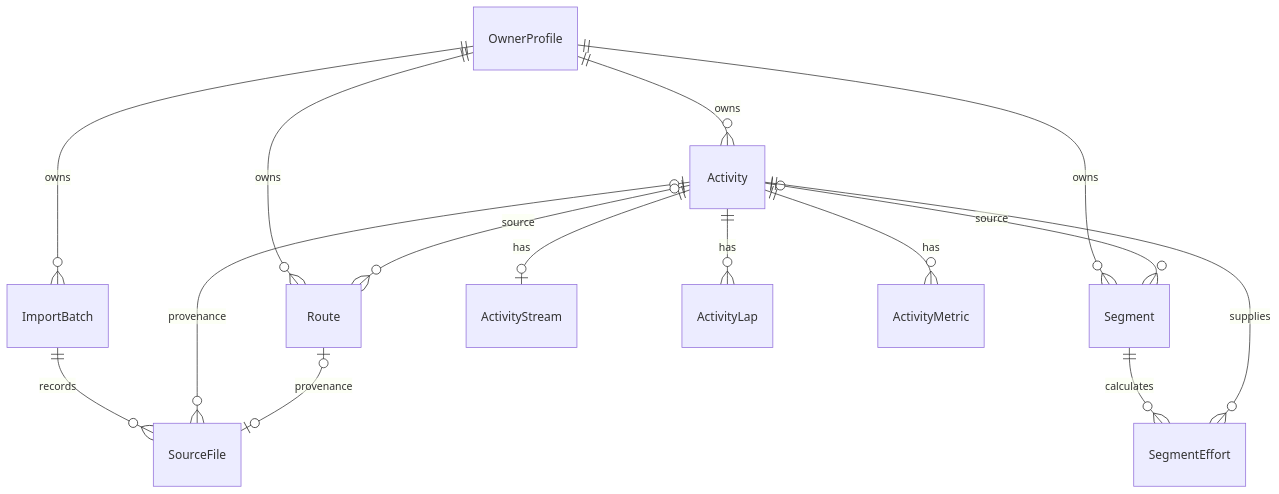
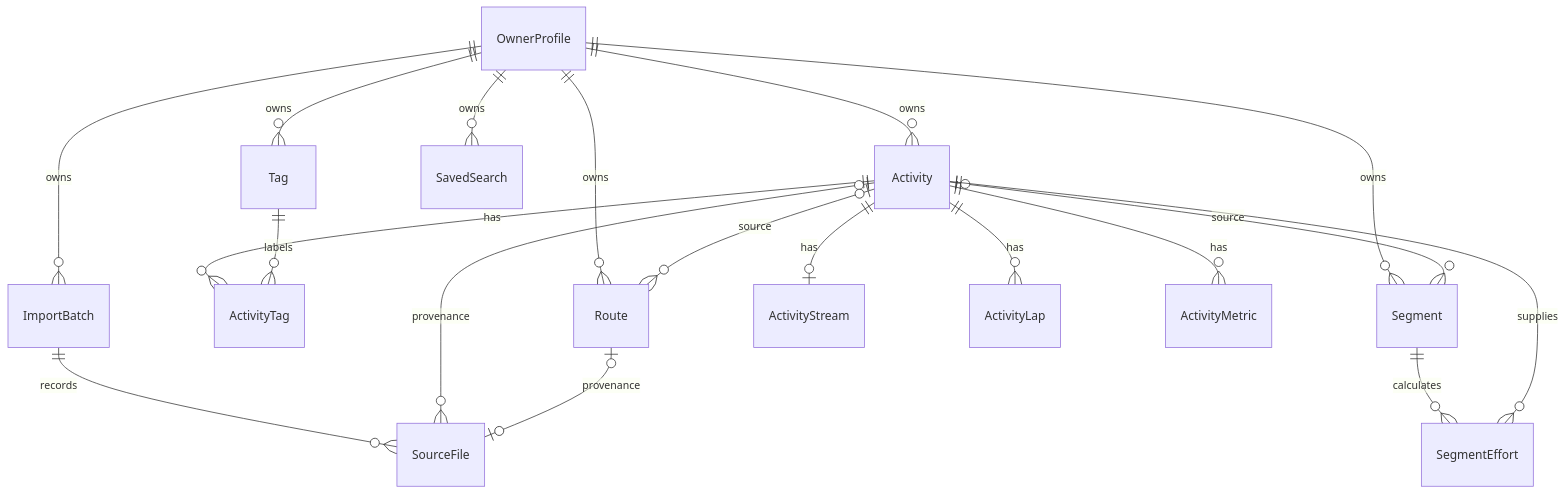
Before and after one commit to Peter537/activity-explorer: the second of 2 diagrams in docs/architecture.md, drawn with Mermaid. The commit also changed other lines of this file and 34 other files, not shown here.

First line of the commit message:
add activity tags, saved searches, and bulk editing

```diff
--- a/docs/architecture.md
+++ b/docs/architecture.md
@@ -83,17 +93,21 @@
 ~~~mermaid
 erDiagram
     OwnerProfile ||--o{ ImportBatch : owns
     ImportBatch ||--o{ SourceFile : records
     OwnerProfile ||--o{ Activity : owns
+    OwnerProfile ||--o{ Tag : owns
+    OwnerProfile ||--o{ SavedSearch : owns
+    Activity ||--o{ ActivityTag : has
+    Tag ||--o{ ActivityTag : labels
     OwnerProfile ||--o{ Route : owns
     OwnerProfile ||--o{ Segment : owns
     Activity ||--o| ActivityStream : has
     Activity ||--o{ ActivityLap : has
     Activity ||--o{ ActivityMetric : has
     Activity o|--o{ SourceFile : provenance
     Route o|--o| SourceFile : provenance
     Activity o|--o{ Route : source
     Activity o|--o{ Segment : source
     Segment ||--o{ SegmentEffort : calculates
     Activity ||--o{ SegmentEffort : supplies
 ~~~
```
